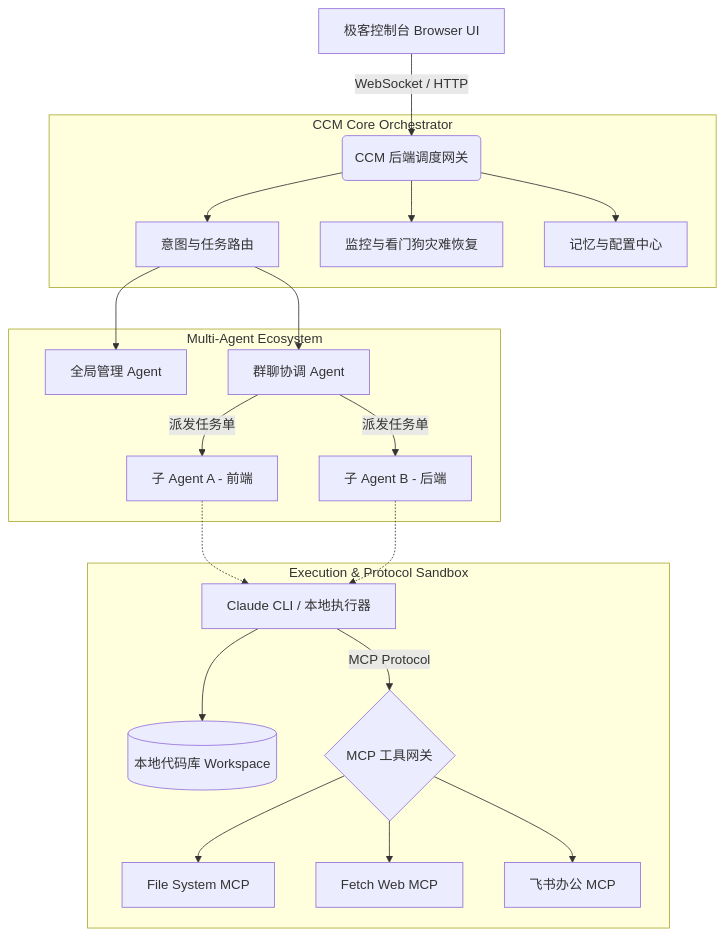
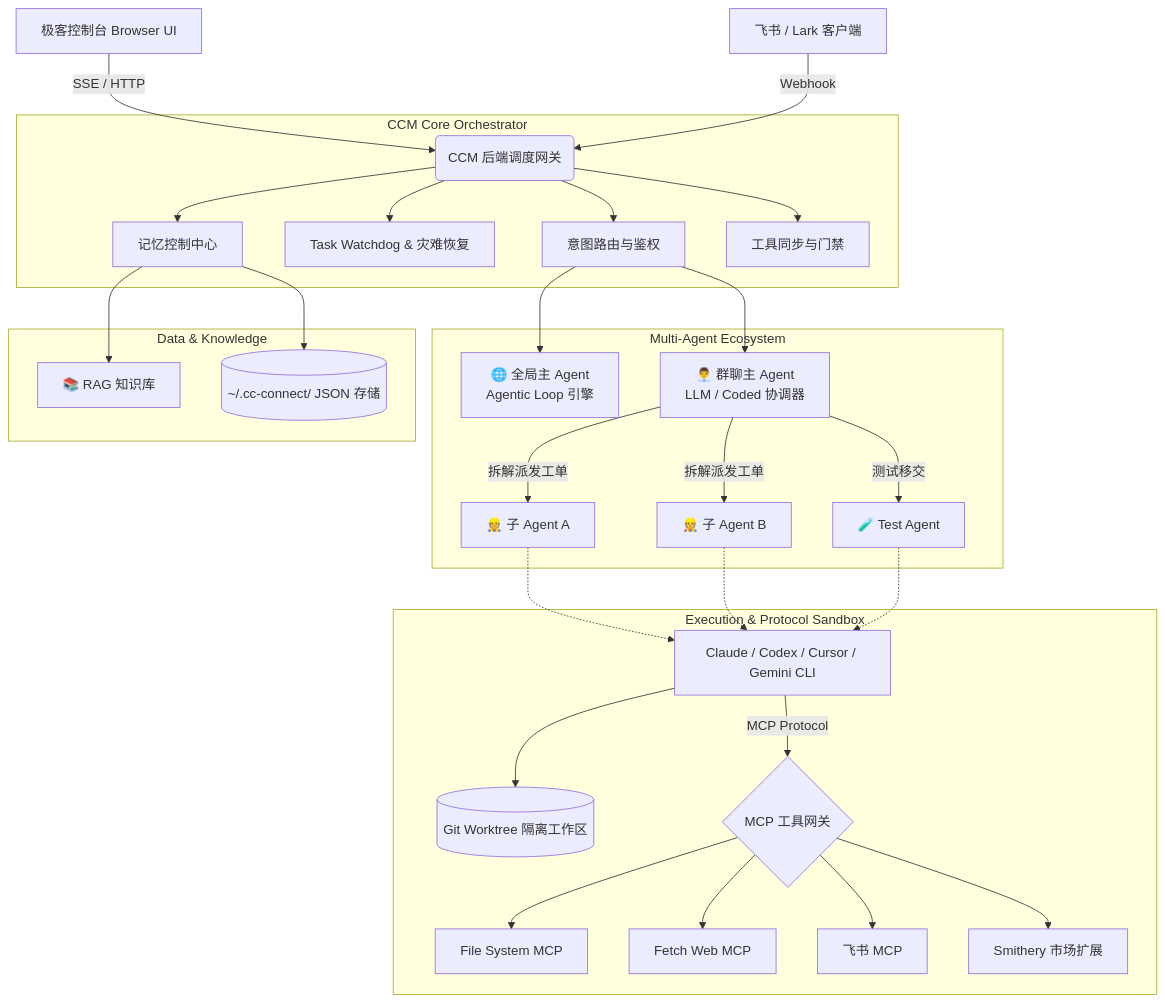
Before and after one commit to mumulinya/ccm-web: the first of 2 diagrams in README.md, drawn with Mermaid. The commit also changed other lines of this file and 731 other files, not shown here.

Commit message:
feat: add global agent memory management and enhance task lifecycle tracking

````diff
--- a/README.md
+++ b/README.md
@@ -79,31 +190,42 @@
 ```mermaid
 graph TD
     %% 终端用户层
-    Browser[极客控制台 Browser UI] -- WebSocket / HTTP --> Server(CCM 后端调度网关)
+    Browser[极客控制台 Browser UI] -- SSE / HTTP --> Server(CCM 后端调度网关)
+    Feishu[飞书 / Lark 客户端] -- Webhook --> Server
     
     %% 调度网关层
     subgraph "CCM Core Orchestrator"
-      Server --> Router[意图与任务路由]
-      Server --> Watchdog[监控与看门狗灾难恢复]
-      Server --> Memory[记忆与配置中心]
+      Server --> Router[意图路由与鉴权]
+      Server --> Watchdog[Task Watchdog & 灾难恢复]
+      Server --> Memory[记忆控制中心]
+      Server --> ToolSync[工具同步与门禁]
     end
 
     %% Agent 协作层
     subgraph "Multi-Agent Ecosystem"
-      Router --> GlobalAgent[全局管理 Agent]
-      Router --> GroupAgent[群聊协调 Agent]
-      GroupAgent -- 派发任务单 --> SubAgent1[子 Agent A - 前端]
-      GroupAgent -- 派发任务单 --> SubAgent2[子 Agent B - 后端]
+      Router --> GlobalAgent[🌐 全局主 Agent<br/>Agentic Loop 引擎]
+      Router --> GroupAgent[👨‍💼 群聊主 Agent<br/>LLM / Coded 协调器]
+      GroupAgent -- 拆解派发工单 --> SubAgent1[👷 子 Agent A]
+      GroupAgent -- 拆解派发工单 --> SubAgent2[👷 子 Agent B]
+      GroupAgent -- 测试移交 --> TestAgent[🧪 Test Agent]
     end
 
     %% 执行与协议层
     subgraph "Execution & Protocol Sandbox"
-      SubAgent1 -.-> CLI[Claude CLI / 本地执行器]
+      SubAgent1 -.-> CLI[Claude / Codex / Cursor / Gemini CLI]
       SubAgent2 -.-> CLI
-      CLI --> LocalFiles[(本地代码库 Workspace)]
+      TestAgent -.-> CLI
+      CLI --> Worktree[(Git Worktree 隔离工作区)]
       CLI -- MCP Protocol --> MCPGateway{MCP 工具网关}
       MCPGateway --> FS[File System MCP]
       MCPGateway --> Web[Fetch Web MCP]
-      MCPGateway --> Feishu[飞书办公 MCP]
+      MCPGateway --> FeishuMCP[飞书 MCP]
+      MCPGateway --> Marketplace[Smithery 市场扩展]
+    end
+
+    %% 数据与知识层
+    subgraph "Data & Knowledge"
+      Memory --> RAG[📚 RAG 知识库]
+      Memory --> JSONStore[(~/.cc-connect/ JSON 存储)]
     end
 ```
````
